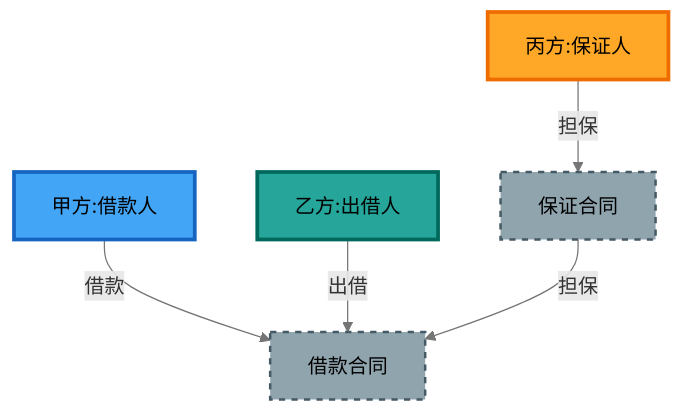
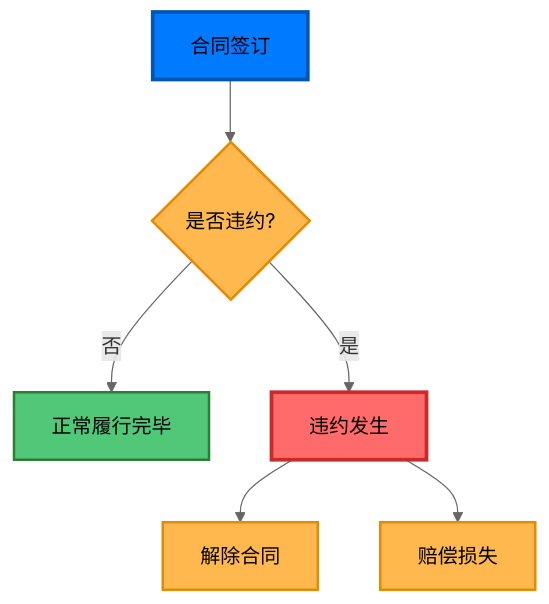
The eighth of 25 diagrams in .deepagents/skills/litigation-visualization/SKILL.md (daixin877889/LexSeek), drawn with Mermaid before and after one commit. The commit also changed other lines of this file and 10 other files, not shown here.

````diff
--- a/.deepagents/skills/litigation-visualization/SKILL.md
+++ b/.deepagents/skills/litigation-visualization/SKILL.md
@@ -80,24 +389,27 @@
 ```mermaid
 %%{init: {'themeVariables': {
-  'primaryColor': '#E3F2FD',
+  'primaryColor': '#E6F3FF',
   'primaryTextColor': '#000000',
-  'primaryBorderColor': '#2196F3',
-  'lineColor': '#757575'
+  'primaryBorderColor': '#007AFF',
+  'lineColor': '#666666'
 }}}%%
-graph TD
-    A[甲方:借款人]:::partyA
-    B[乙方:出借人]:::partyB
-    C[丙方:保证人]:::partyC
-    D[借款合同]:::contract
-    E[保证合同]:::contract
-
-    A --借款--> D
-    B --出借--> D
-    C --担保--> E
-    E --担保--> D
-
-    classDef partyA fill:#42A5F5,stroke:#1565C0,color:#000000,stroke-width:3px
-    classDef partyB fill:#26A69A,stroke:#00695C,color:#000000,stroke-width:3px
-    classDef partyC fill:#FFA726,stroke:#EF6C00,color:#000000,stroke-width:3px
-    classDef contract fill:#90A4AE,stroke:#455A64,color:#000000,stroke-width:2px,stroke-dasharray: 5 5
+flowchart TD
+    A[合同签订]:::start
+    B{是否违约?}:::decision
+    C[正常履行完毕]:::normal
+    D[违约发生]:::alert
+    E[解除合同]:::stop
+    F[赔偿损失]:::stop
+    
+    A --> B
+    B -->|否| C
+    B -->|是| D
+    D --> E
+    D --> F
+    
+    classDef start fill:#007AFF,stroke:#0056b3,color:#000000,stroke-width:3px
+    classDef decision fill:#FFB84D,stroke:#e68a00,color:#000000,stroke-width:2px
+    classDef normal fill:#50C878,stroke:#2e7d32,color:#000000,stroke-width:2px
+    classDef alert fill:#FF6B6B,stroke:#c92a2a,color:#000000,stroke-width:3px
+    classDef stop fill:#FFB84D,stroke:#e68a00,color:#000000,stroke-width:2px
 ```
````
